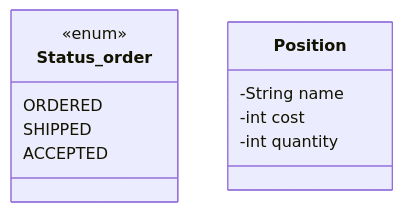
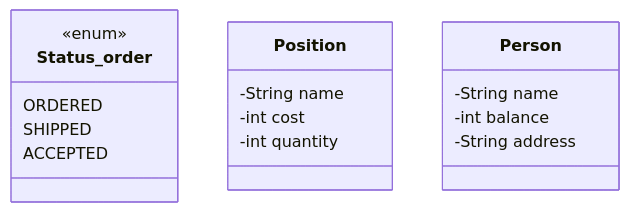
Before and after one commit to kirillkushaev2007-boop/Labaratory1: the diagram in README.md, drawn with Mermaid.

````diff
--- a/README.md
+++ b/README.md
@@ -1,16 +1,22 @@
 ```mermaid
 classDiagram
    %% Перечисление статусов (Statuses)
     class Status_order{
         <<enum>>
         ORDERED
         SHIPPED
         ACCEPTED
     }
     %% Позиция заказа (Position)
     class Position{
         -String name
         -int cost
         -int quantity
    }
+   %% Клиент (Person)
+   class Person{
+       -String name
+       -int balance
+       -String address
+   }
 ```
````
